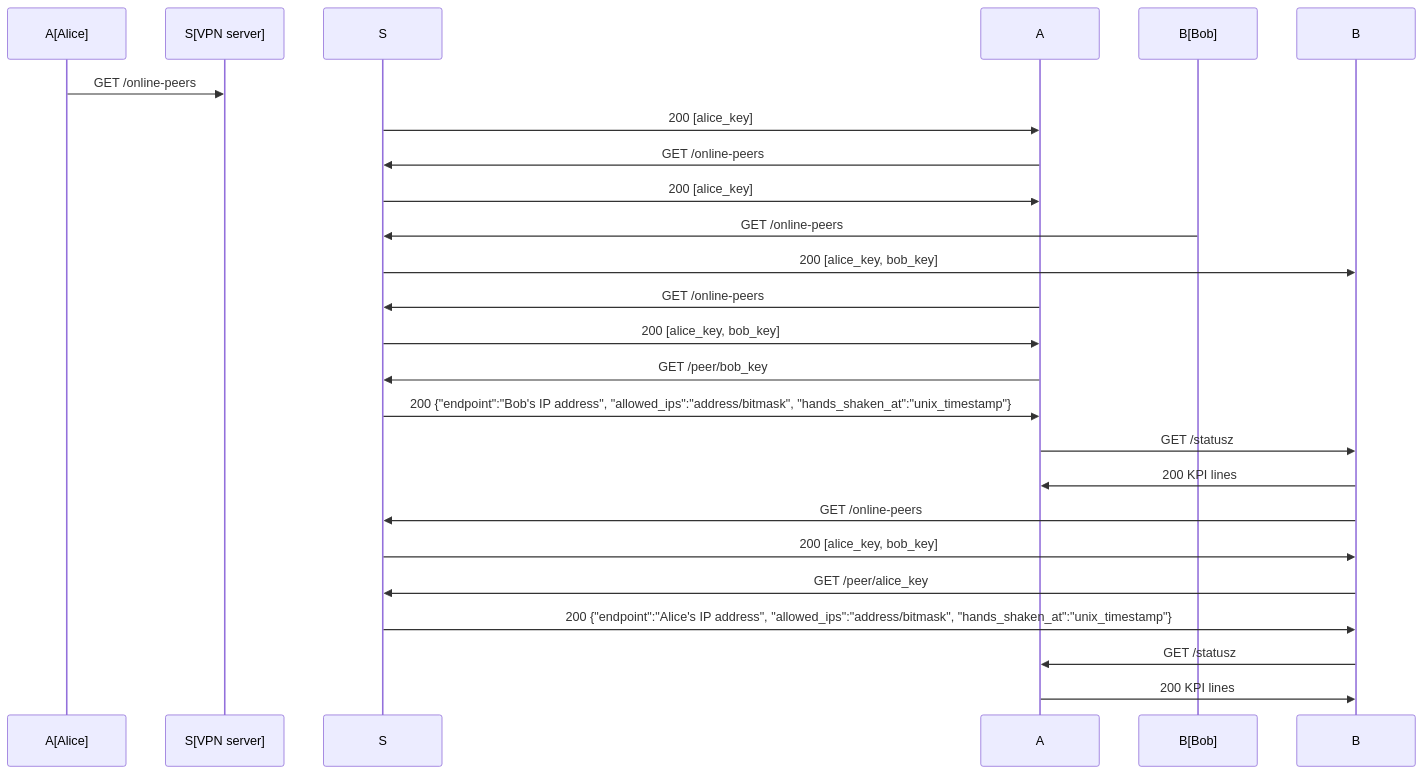
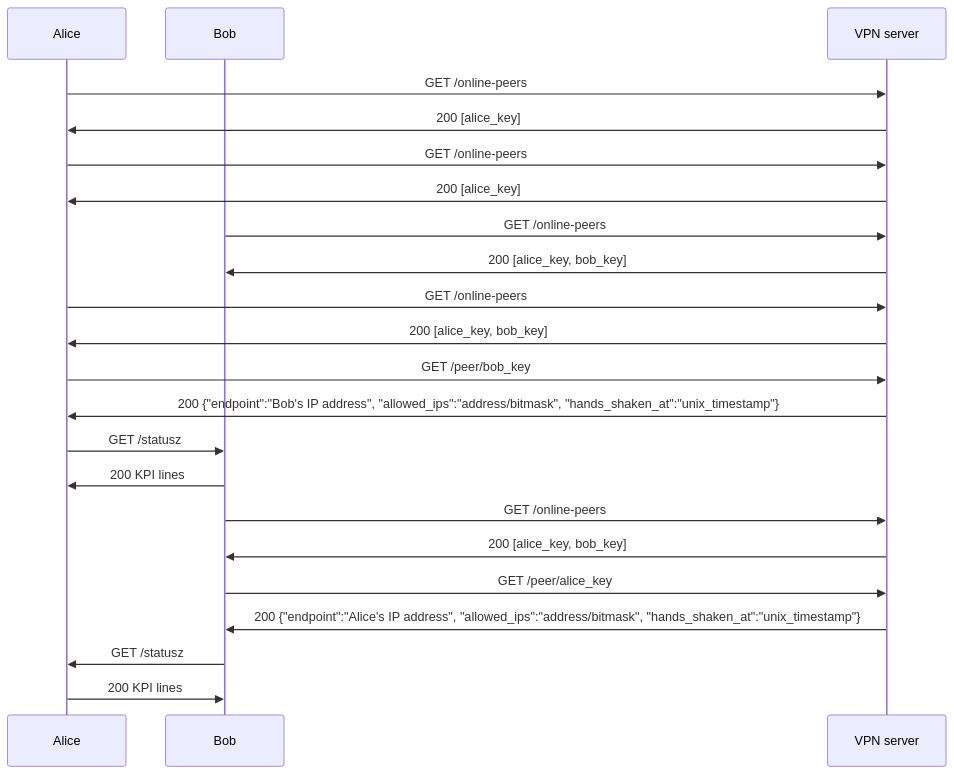
Before and after one commit to samunders-core/wg-endpoint-discovery: the diagram in README.md, drawn with Mermaid.

Commit message:
mermaid fixes

````diff
--- a/README.md
+++ b/README.md
@@ -3,23 +3,27 @@
 ```mermaid
 sequenceDiagram
-    A[Alice]->>S[VPN server]: GET /online-peers
+    participant A as Alice
+    participant B as Bob
+    participant S as VPN server
+    
+    A->>S: GET /online-peers
     S->>A: 200 [alice_key]
     A->>S: GET /online-peers
     S->>A: 200 [alice_key]
-    B[Bob]->>S: GET /online-peers
+    B->>S: GET /online-peers
     S->>B: 200 [alice_key, bob_key]
     
     A->>S: GET /online-peers
     S->>A: 200 [alice_key, bob_key]
     A->>S: GET /peer/bob_key
     S->>A: 200 {"endpoint":"Bob's IP address", "allowed_ips":"address/bitmask", "hands_shaken_at":"unix_timestamp"}
     A->>B: GET /statusz
     B->>A: 200 KPI lines
     
     B->>S: GET /online-peers
     S->>B: 200 [alice_key, bob_key]
     B->>S: GET /peer/alice_key
     S->>B: 200 {"endpoint":"Alice's IP address", "allowed_ips":"address/bitmask", "hands_shaken_at":"unix_timestamp"}
     B->>A: GET /statusz
     A->>B: 200 KPI lines
 ```
````
